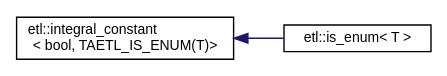
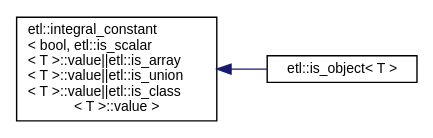
The diagram in inherit_graph_37.dot (tobanteAudio/taetl), drawn with Graphviz before and after one commit. The commit also changed 162 other files, not shown here.

```diff
--- a/inherit_graph_37.dot
+++ b/inherit_graph_37.dot
@@ -1,9 +1,9 @@
 digraph "Graphical Class Hierarchy"
 {
   edge [fontname="Helvetica",fontsize="10",labelfontname="Helvetica",labelfontsize="10"];
   node [fontname="Helvetica",fontsize="10",shape=record];
   rankdir="LR";
-  Node0 [label="etl::integral_constant\l\< bool, TAETL_IS_ENUM(T)\>",height=0.2,width=0.4,color="black", fillcolor="white", style="filled",URL="$structetl_1_1integral__constant.html"];
+  Node0 [label="etl::integral_constant\l\< bool, etl::is_scalar\l\< T \>::value\|\|etl::is_array\l\< T \>::value\|\|etl::is_union\l\< T \>::value\|\|etl::is_class\l\< T \>::value \>",height=0.2,width=0.4,color="black", fillcolor="white", style="filled",URL="$structetl_1_1integral__constant.html"];
   Node0 -> Node1 [dir="back",color="midnightblue",fontsize="10",style="solid",fontname="Helvetica"];
-  Node1 [label="etl::is_enum\< T \>",height=0.2,width=0.4,color="black", fillcolor="white", style="filled",URL="$structetl_1_1is__enum.html"];
+  Node1 [label="etl::is_object\< T \>",height=0.2,width=0.4,color="black", fillcolor="white", style="filled",URL="$structetl_1_1is__object.html"];
 }
```
